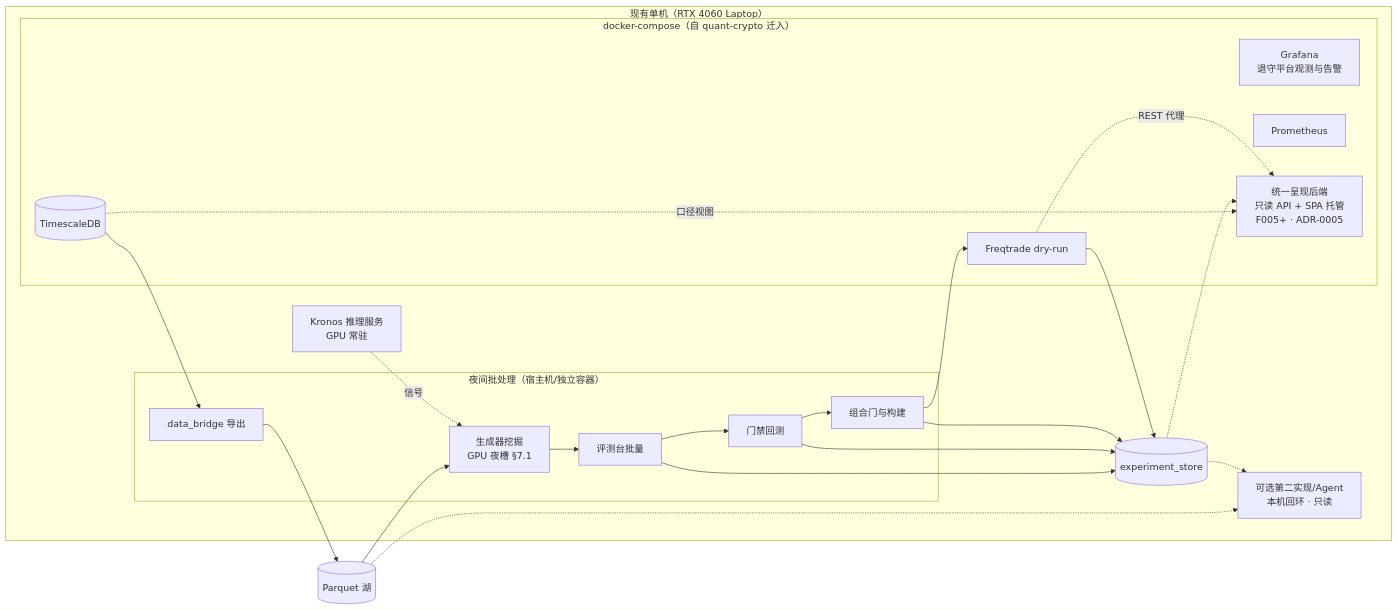
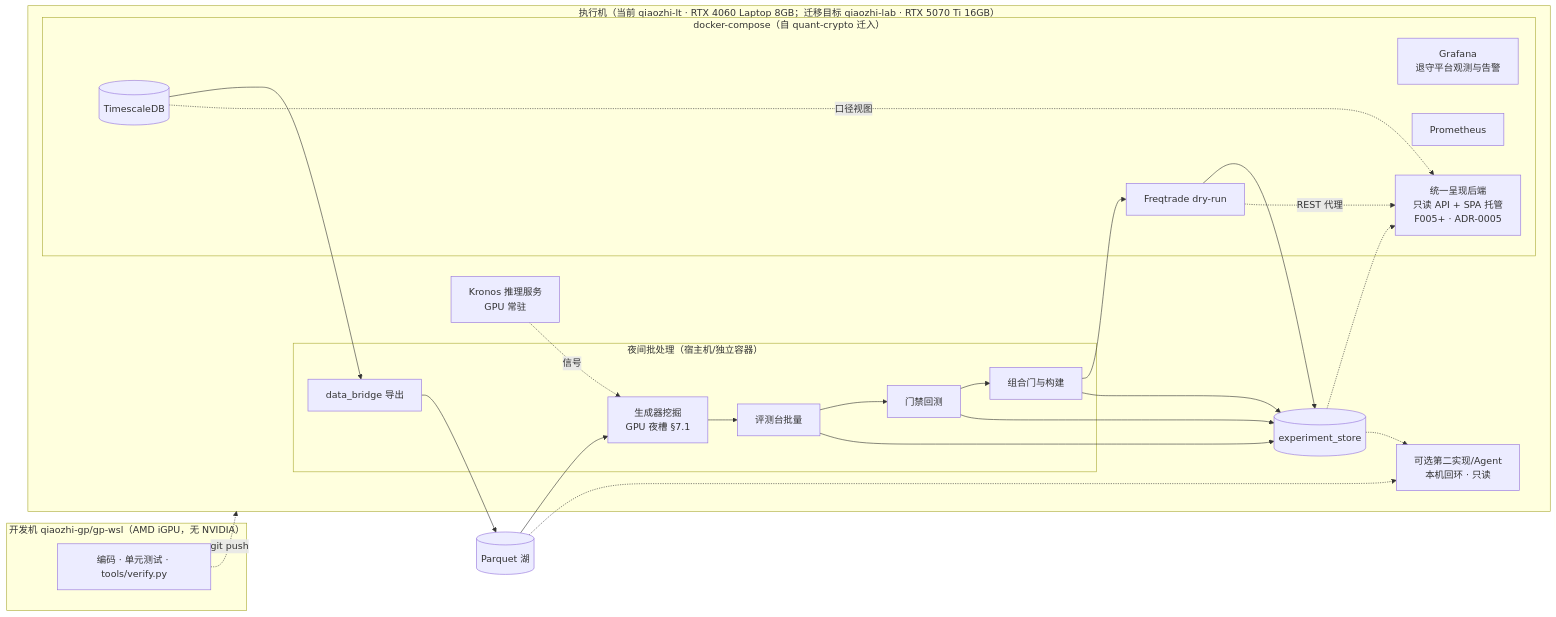
Before and after one commit to Qiaozhi94/alphamill: the third of 3 diagrams in docs/alphamill-architecture.md, drawn with Mermaid. The commit also changed other lines of this file and 12 other files, not shown here.

````diff
--- a/docs/alphamill-architecture.md
+++ b/docs/alphamill-architecture.md
@@ -505,34 +505,38 @@
 ```mermaid
 flowchart LR
-    subgraph HOST["现有单机（RTX 4060 Laptop）"]
+    subgraph HOST["执行机（当前 qiaozhi-lt · RTX 4060 Laptop 8GB；迁移目标 qiaozhi-lab · RTX 5070 Ti 16GB）"]
         subgraph DOCKER["docker-compose（自 quant-crypto 迁入）"]
             TS[(TimescaleDB)]
             FTD[Freqtrade dry-run]
             GRAF[Grafana<br/>退守平台观测与告警]
             PROM[Prometheus]
             API[统一呈现后端<br/>只读 API + SPA 托管<br/>F005+ · ADR-0005]
         end
         subgraph NIGHT["夜间批处理（宿主机/独立容器）"]
             EXPORT[data_bridge 导出]
             MINE[生成器挖掘<br/>GPU 夜槽 §7.1]
             BENCHX[评测台批量]
             GATES[门禁回测]
             PORT[组合门与构建]
         end
         AGENT[可选第二实现/Agent<br/>本机回环 · 只读]
         LEDGER[(experiment_store)]
         KRN[Kronos 推理服务<br/>GPU 常驻]
     end
+    subgraph DEV["开发机 qiaozhi-gp/gp-wsl（AMD iGPU，无 NVIDIA）"]
+        CODE[编码 · 单元测试 · tools/verify.py]
+    end
     TS --> EXPORT --> LAKE[(Parquet 湖)]
     LAKE --> MINE --> BENCHX --> GATES --> PORT --> FTD
+    CODE -.->|git push| HOST
     LAKE -.-> AGENT
     BENCHX --> LEDGER
     GATES --> LEDGER
     PORT --> LEDGER
     FTD --> LEDGER
     TS -.->|口径视图| API
     LEDGER -.-> API
     FTD -.->|REST 代理| API
     LEDGER -.-> AGENT
     KRN -.->|信号| MINE
 ```
````
